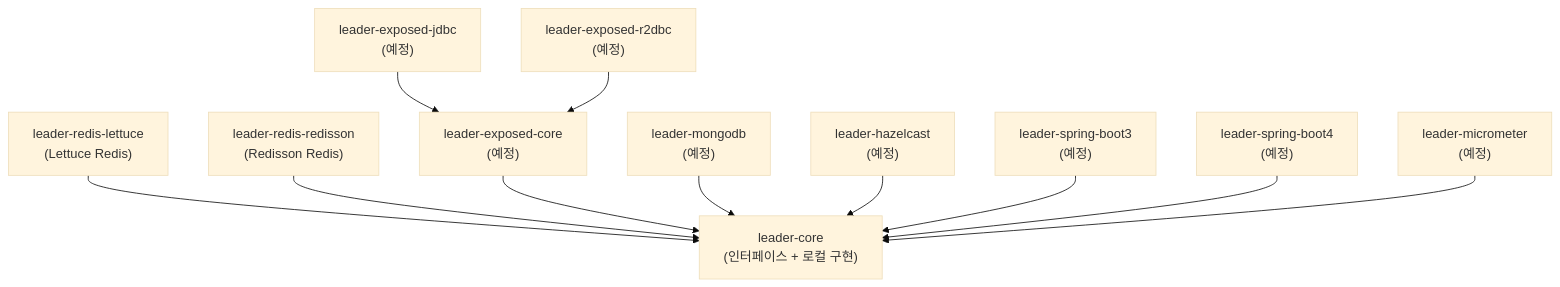
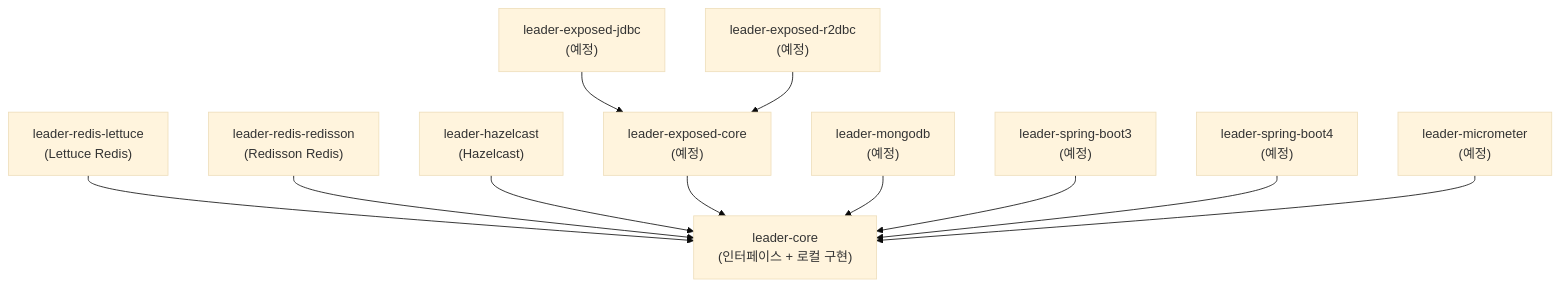
Before and after one commit to bluetape4k/bluetape4k-leader: the first of 3 diagrams in README.ko.md, drawn with Mermaid (base theme). The commit also changed other lines of this file and 19 other files, not shown here.

First line of the commit message:
feat: leader-hazelcast 구현 (IMap 토큰 락 기반, Closes #9)

````diff
--- a/README.ko.md
+++ b/README.ko.md
@@ -24,25 +24,25 @@
 ```mermaid
 graph TD
     Core["leader-core\n(인터페이스 + 로컬 구현)"]
     Lettuce["leader-redis-lettuce\n(Lettuce Redis)"]
     Redisson["leader-redis-redisson\n(Redisson Redis)"]
+    Hazelcast["leader-hazelcast\n(Hazelcast)"]
     ExposedCore["leader-exposed-core\n(예정)"]
     ExposedJdbc["leader-exposed-jdbc\n(예정)"]
     ExposedR2dbc["leader-exposed-r2dbc\n(예정)"]
     Mongo["leader-mongodb\n(예정)"]
-    Hazelcast["leader-hazelcast\n(예정)"]
     SB3["leader-spring-boot3\n(예정)"]
     SB4["leader-spring-boot4\n(예정)"]
     Metrics["leader-micrometer\n(예정)"]
 
     Lettuce --> Core
     Redisson --> Core
+    Hazelcast --> Core
     ExposedCore --> Core
     ExposedJdbc --> ExposedCore
     ExposedR2dbc --> ExposedCore
     Mongo --> Core
-    Hazelcast --> Core
     SB3 --> Core
     SB4 --> Core
     Metrics --> Core
 ```
````
